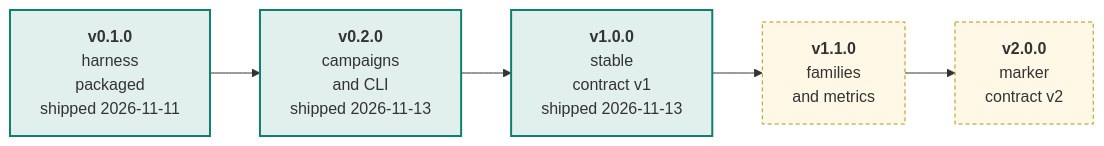
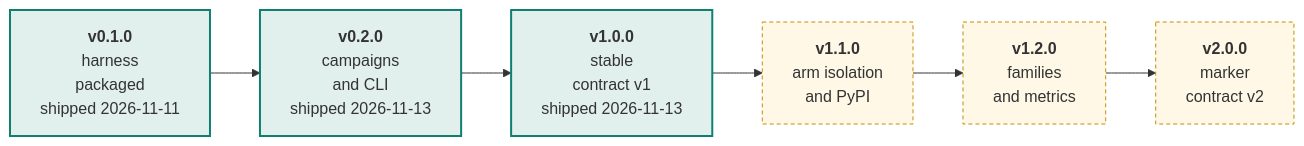
One commit to swarm-routing/ns3-tools changed the first of 2 diagrams in docs/roadmap.md. Above: the diagram before and after it, drawn with Mermaid. The commit also changed other lines of this file, not shown here.

First line of the commit message:
docs(roadmap): re-plan the ladder: v1.1.0 ships what merged since v1.0.0, families and metrics move to v1.2.0 (#203)

````diff
--- a/docs/roadmap.md
+++ b/docs/roadmap.md
@@ -47,16 +56,18 @@
 ```mermaid
 flowchart LR
     V01["<b>v0.1.0</b><br/>harness<br/>packaged<br/>shipped 2026-11-11"]
     V02["<b>v0.2.0</b><br/>campaigns<br/>and CLI<br/>shipped 2026-11-13"]
     V10["<b>v1.0.0</b><br/>stable<br/>contract v1<br/>shipped 2026-11-13"]
-    V11["<b>v1.1.0</b><br/>families<br/>and metrics"]
+    V11["<b>v1.1.0</b><br/>arm isolation<br/>and PyPI"]
+    V12["<b>v1.2.0</b><br/>families<br/>and metrics"]
     V20["<b>v2.0.0</b><br/>marker<br/>contract v2"]
 
-    V01 --> V02 --> V10 --> V11 --> V20
+    V01 --> V02 --> V10 --> V11 --> V12 --> V20
 
     style V01 fill:#e2f0ed,stroke:#0f7f70,stroke-width:2px
     style V02 fill:#e2f0ed,stroke:#0f7f70,stroke-width:2px
     style V10 fill:#e2f0ed,stroke:#0f7f70,stroke-width:2px
     style V11 fill:#fff8e6,stroke:#c48f00,stroke-dasharray:4 3
+    style V12 fill:#fff8e6,stroke:#c48f00,stroke-dasharray:4 3
     style V20 fill:#fff8e6,stroke:#c48f00,stroke-dasharray:4 3
 ```
````
